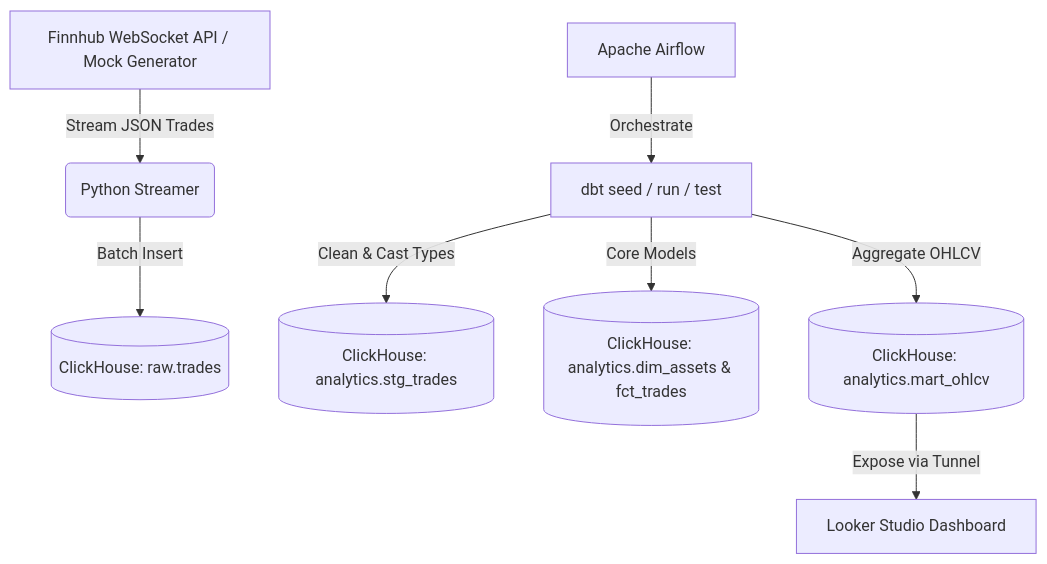
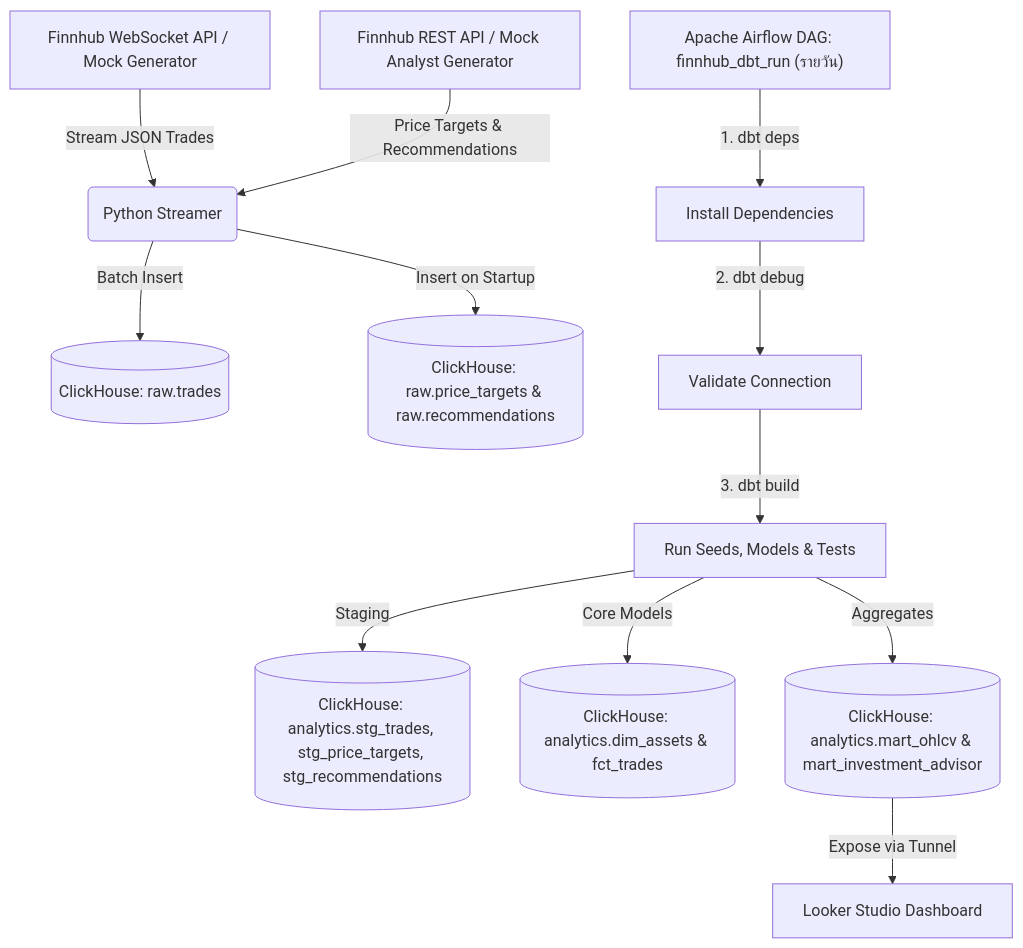
The diagram in README_th.md (NPimtrll/finnhub-streaming-data-pipeline), drawn with Mermaid before and after one commit. The commit also changed other lines of this file, not shown here.

````diff
--- a/README_th.md
+++ b/README_th.md
@@ -9,10 +9,14 @@
 ```mermaid
 graph TD
-    A[Finnhub WebSocket API / Mock Generator] -->|Stream JSON Trades| B(Python Streamer)
-    B -->|Batch Insert| C[(ClickHouse: raw.trades)]
-    D[Apache Airflow] -->|Orchestrate| E[dbt seed / run / test]
-    E -->|Clean & Cast Types| F[(ClickHouse: analytics.stg_trades)]
-    E -->|Core Models| G[(ClickHouse: analytics.dim_assets & fct_trades)]
-    E -->|Aggregate OHLCV| H[(ClickHouse: analytics.mart_ohlcv)]
+    A["Finnhub WebSocket API / Mock Generator"] -->|Stream JSON Trades| B(Python Streamer)
+    A2["Finnhub REST API / Mock Analyst Generator"] -->|"Price Targets & Recommendations"| B
+    B -->|Batch Insert| C[("ClickHouse: raw.trades")]
+    B -->|"Insert on Startup"| C2[("ClickHouse: raw.price_targets & raw.recommendations")]
+    D["Apache Airflow DAG: finnhub_dbt_run (รายวัน)"] -->|"1. dbt deps"| E1[Install Dependencies]
+    E1 -->|"2. dbt debug"| E2[Validate Connection]
+    E2 -->|"3. dbt build"| E["Run Seeds, Models & Tests"]
+    E -->|Staging| F[("ClickHouse: analytics.stg_trades, stg_price_targets, stg_recommendations")]
+    E -->|Core Models| G[("ClickHouse: analytics.dim_assets & fct_trades")]
+    E -->|Aggregates| H[("ClickHouse: analytics.mart_ohlcv & mart_investment_advisor")]
     H -->|Expose via Tunnel| I[Looker Studio Dashboard]
 ```
````
